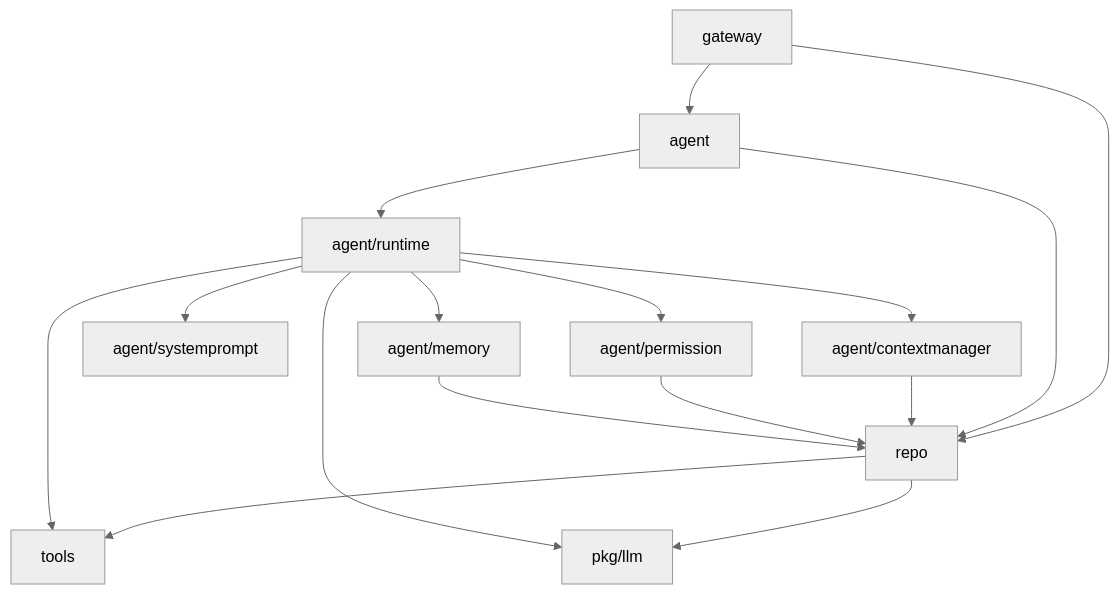
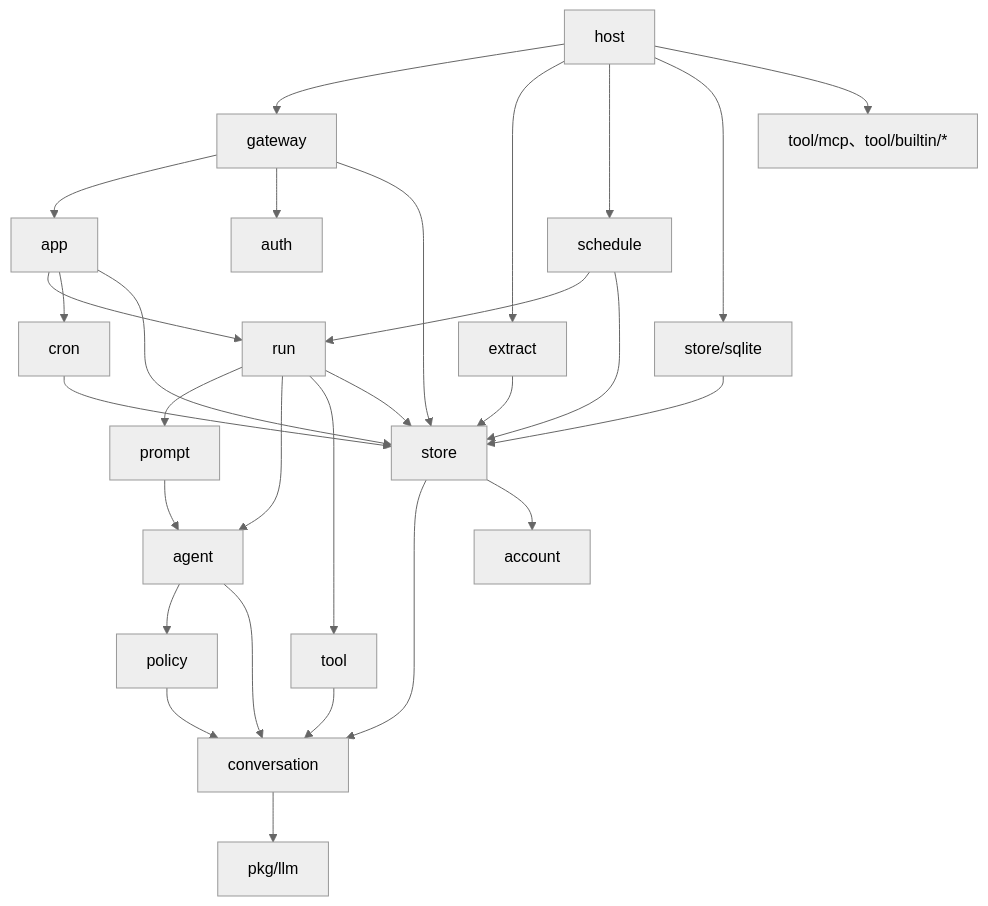
The first of 2 diagrams in docs/zh/engine/architecture.md (0xfakeSpike/ollupi-docs), drawn with Mermaid (neutral theme) before and after one commit. The commit also changed other lines of this file and 86 other files, not shown here.

````diff
--- a/docs/zh/engine/architecture.md
+++ b/docs/zh/engine/architecture.md
@@ -49,18 +62,31 @@
 ```mermaid
 flowchart TD
-  gateway["gateway"] --> agent["agent"]
-  gateway --> repo
-  agent --> runtime["agent/runtime"]
-  runtime --> cm["agent/contextmanager"]
-  runtime --> sp["agent/systemprompt"]
-  runtime --> perm["agent/permission"]
-  runtime --> mem["agent/memory"]
-  agent --> repo["repo"]
-  cm --> repo
-  perm --> repo
-  mem --> repo
-  repo --> tools["tools"]
-  repo --> llm["pkg/llm"]
-  runtime --> tools
-  runtime --> llm
+  host["host"] --> gateway["gateway"]
+  host --> extract["extract"]
+  host --> schedule["schedule"]
+  host --> sqlite["store/sqlite"]
+  host --> tools["tool/mcp、tool/builtin/*"]
+  gateway --> app["app"]
+  gateway --> auth["auth"]
+  app --> run["run"]
+  app --> cron["cron"]
+  schedule --> run
+  run --> prompt["prompt"]
+  run --> agent["agent"]
+  run --> tool["tool"]
+  run --> store["store"]
+  app --> store
+  schedule --> store
+  extract --> store
+  cron --> store
+  gateway --> store
+  sqlite --> store
+  prompt --> agent
+  agent --> policy["policy"]
+  agent --> conversation["conversation"]
+  policy --> conversation
+  store --> conversation
+  store --> account["account"]
+  tool --> conversation
+  conversation --> llm["pkg/llm"]
 ```
````
